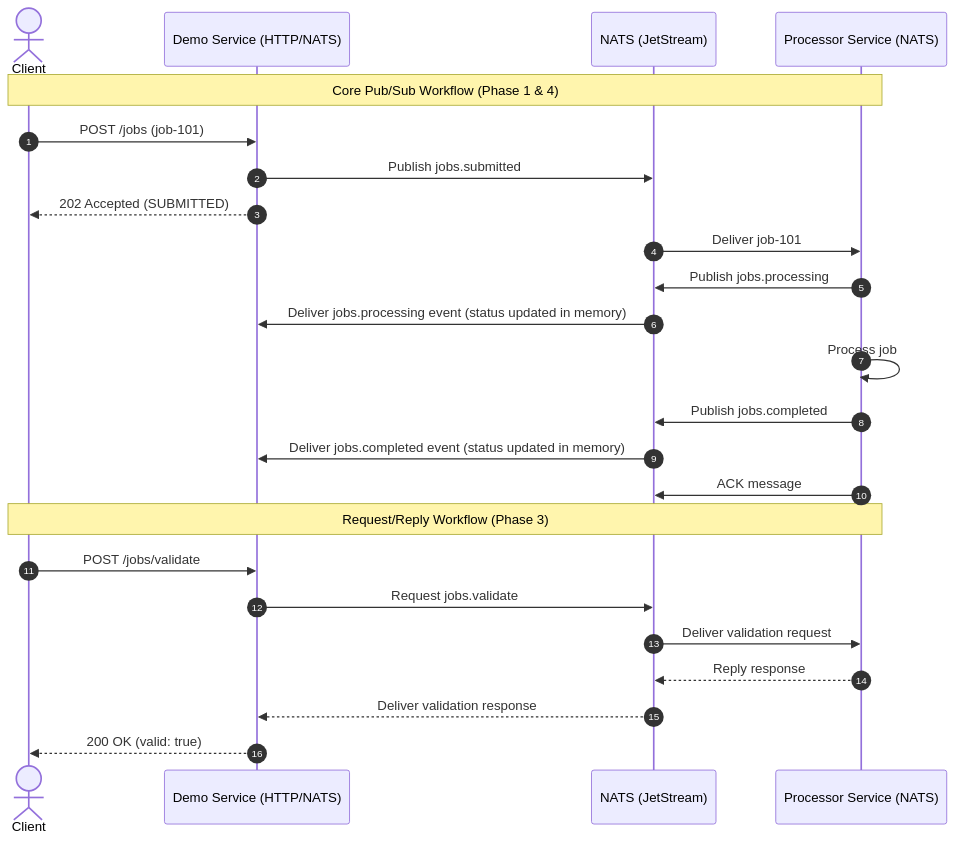
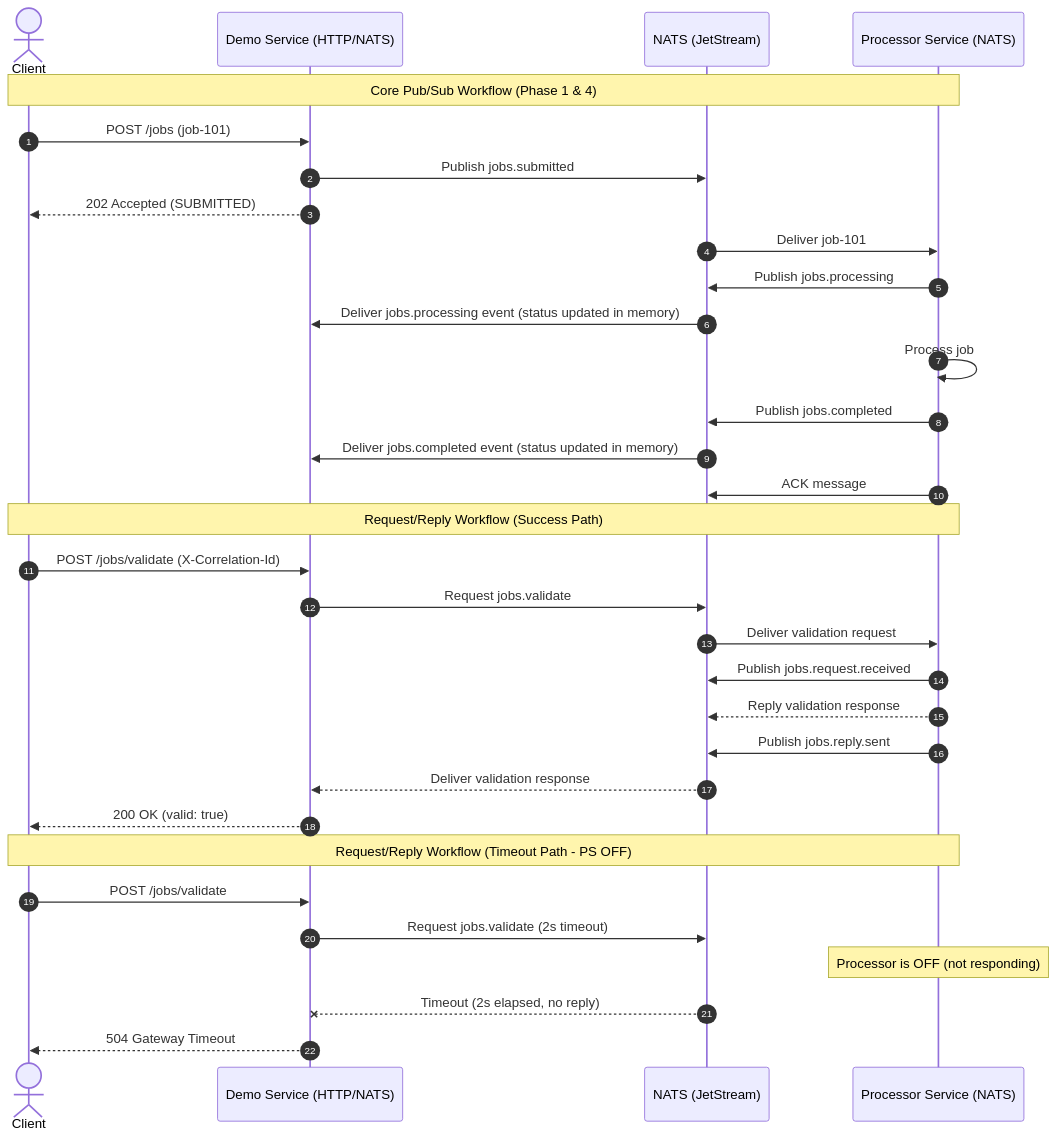
Before and after one commit to hemanthkumar2k19/nats-demo: the diagram in docs/api-spec.md, drawn with Mermaid. The commit also changed other lines of this file and 4 other files, not shown here.

Commit message:
docs: update NATS Request/Reply documentation to include timeout handling, new event subjects, and validation workflow details.

````diff
--- a/docs/api-spec.md
+++ b/docs/api-spec.md
@@ -323,28 +335,37 @@
 ```mermaid
 sequenceDiagram
     autonumber
     actor Client
     participant DS as Demo Service (HTTP/NATS)
     participant NATS as NATS (JetStream)
     participant PS as Processor Service (NATS)
 
     Note over Client, PS: Core Pub/Sub Workflow (Phase 1 & 4)
     Client->>DS: POST /jobs (job-101)
     DS->>NATS: Publish jobs.submitted
     DS-->>Client: 202 Accepted (SUBMITTED)
     NATS->>PS: Deliver job-101
     PS->>NATS: Publish jobs.processing
     NATS->>DS: Deliver jobs.processing event (status updated in memory)
     PS->>PS: Process job
     PS->>NATS: Publish jobs.completed
     NATS->>DS: Deliver jobs.completed event (status updated in memory)
     PS->>NATS: ACK message
 
-    Note over Client, PS: Request/Reply Workflow (Phase 3)
-    Client->>DS: POST /jobs/validate
+    Note over Client, PS: Request/Reply Workflow (Success Path)
+    Client->>DS: POST /jobs/validate (X-Correlation-Id)
     DS->>NATS: Request jobs.validate
     NATS->>PS: Deliver validation request
-    PS-->>NATS: Reply response
+    PS->>NATS: Publish jobs.request.received
+    PS-->>NATS: Reply validation response
+    PS->>NATS: Publish jobs.reply.sent
     NATS-->>DS: Deliver validation response
     DS-->>Client: 200 OK (valid: true)
+
+    Note over Client, PS: Request/Reply Workflow (Timeout Path - PS OFF)
+    Client->>DS: POST /jobs/validate
+    DS->>NATS: Request jobs.validate (2s timeout)
+    Note over PS: Processor is OFF (not responding)
+    NATS--xDS: Timeout (2s elapsed, no reply)
+    DS-->>Client: 504 Gateway Timeout
 ```
````
